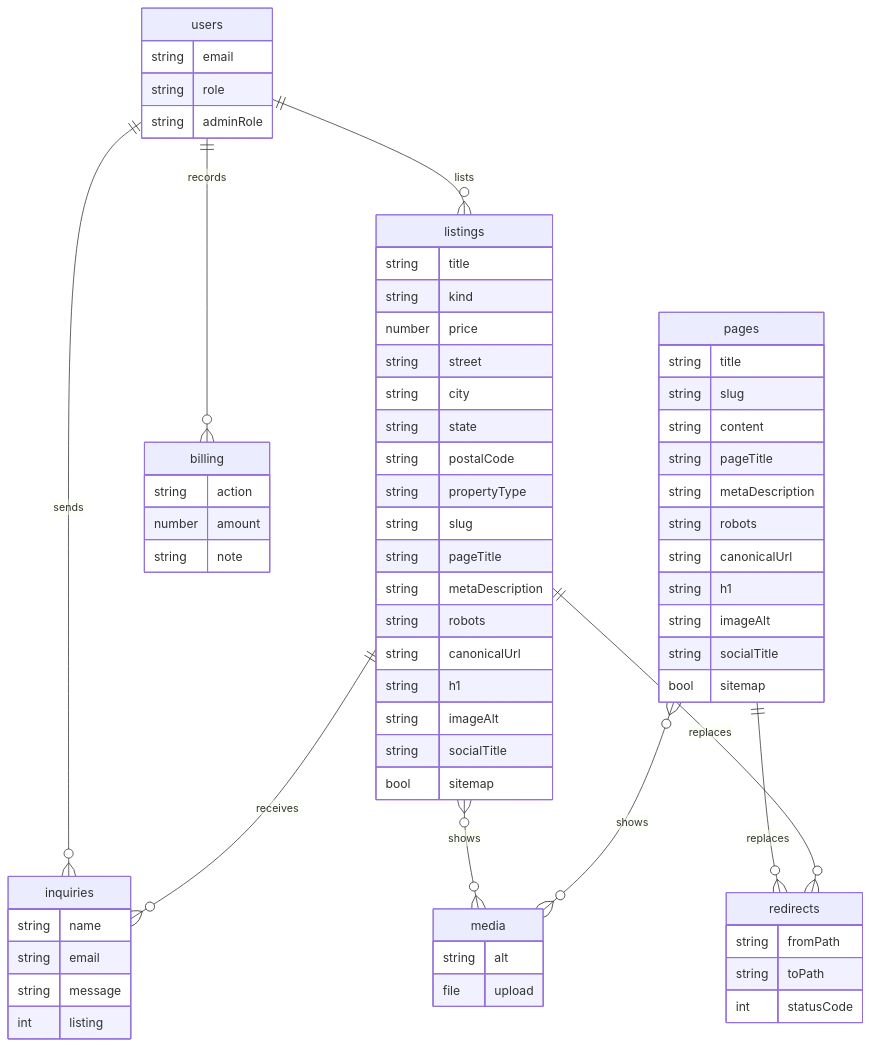
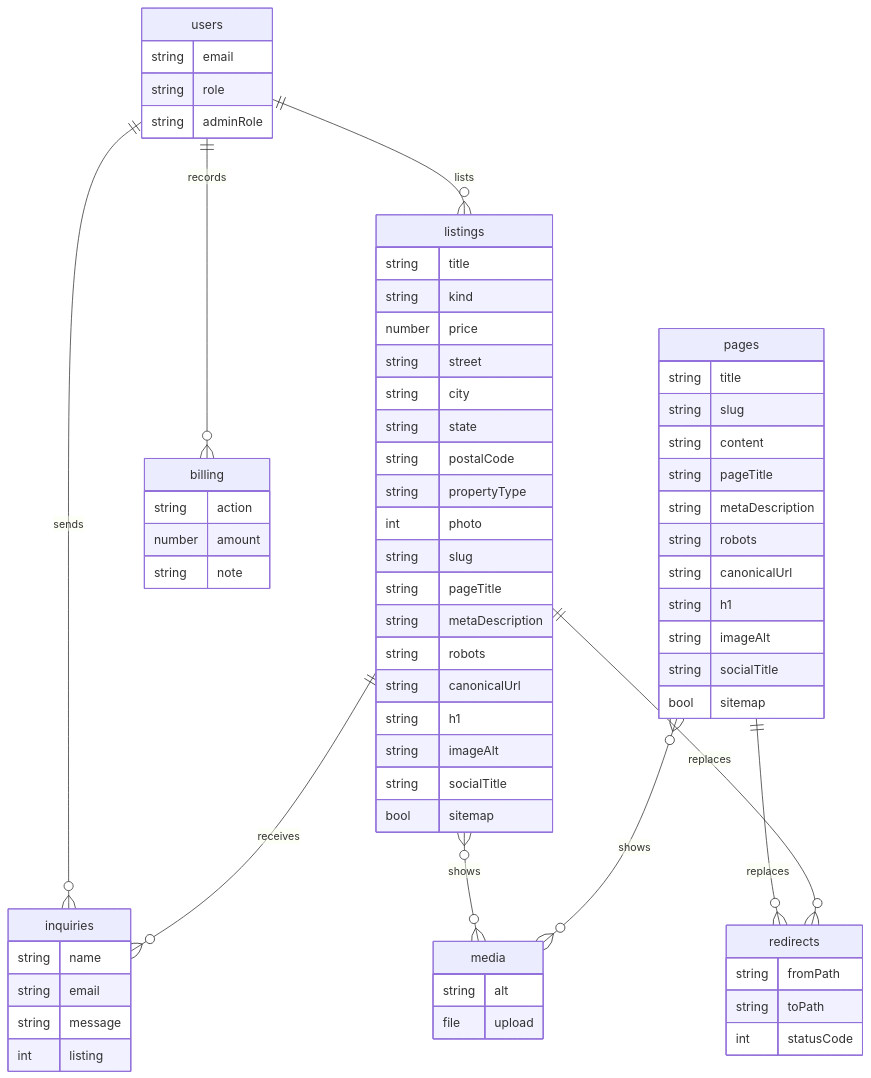
Before and after one commit to Valerri000/Reatics: the diagram in docs/entity-diagram.md, drawn with Mermaid. The commit also changed other lines of this file, not shown here.

Commit message:
Update the entity diagram for the new tables.

````diff
--- a/docs/entity-diagram.md
+++ b/docs/entity-diagram.md
@@ -5,75 +5,76 @@
 ```mermaid
 erDiagram
   users ||--o{ listings : lists
   users ||--o{ billing : records
   users ||--o{ inquiries : sends
   listings ||--o{ inquiries : receives
   listings }o--o{ media : shows
   pages }o--o{ media : shows
   pages ||--o{ redirects : replaces
   listings ||--o{ redirects : replaces
 
   users {
     string email
     string role
     string adminRole
   }
 
   pages {
     string title
     string slug
     string content
     string pageTitle
     string metaDescription
     string robots
     string canonicalUrl
     string h1
     string imageAlt
     string socialTitle
     bool sitemap
   }
 
   listings {
     string title
     string kind
     number price
     string street
     string city
     string state
     string postalCode
     string propertyType
+    int photo
     string slug
     string pageTitle
     string metaDescription
     string robots
     string canonicalUrl
     string h1
     string imageAlt
     string socialTitle
     bool sitemap
   }
 
   media {
     string alt
     file upload
   }
 
   billing {
     string action
     number amount
     string note
   }
 
   redirects {
     string fromPath
     string toPath
     int statusCode
   }
 
   inquiries {
     string name
     string email
     string message
     int listing
   }
 ```
````
